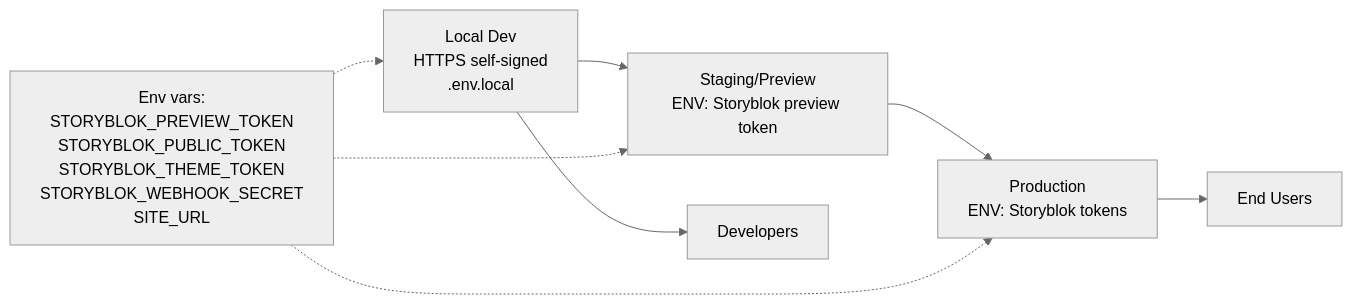
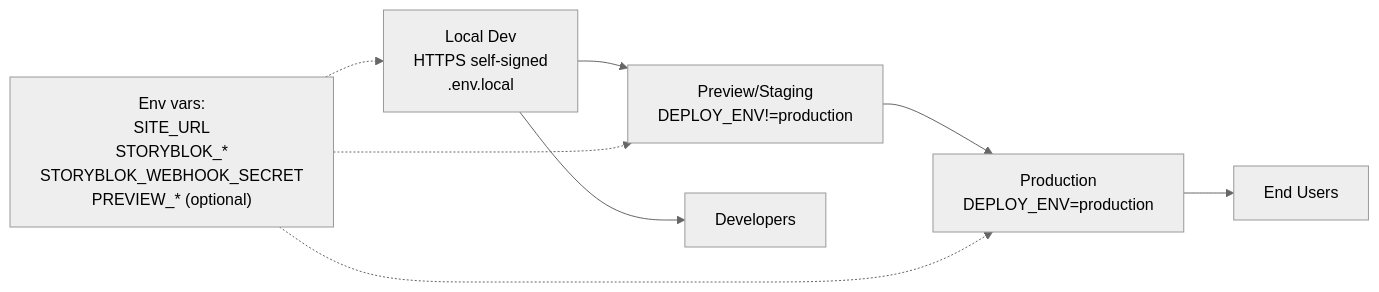
The diagram in docs/reference/deployment-envs.md (songam-su/storyblok-nextjs-mantine-demo), drawn with Mermaid (neutral theme) before and after one commit. The commit also changed other lines of this file and 106 other files, not shown here.

````diff
--- a/docs/reference/deployment-envs.md
+++ b/docs/reference/deployment-envs.md
@@ -11,12 +38,12 @@
 ```mermaid
 flowchart LR
-  Dev["Local Dev<br/>HTTPS self-signed<br/>.env.local"] --> Staging["Staging/Preview<br/>ENV: Storyblok preview token"]
-  Staging --> Prod["Production<br/>ENV: Storyblok tokens"]
+  Dev["Local Dev<br/>HTTPS self-signed<br/>.env.local"] --> Preview["Preview/Staging<br/>DEPLOY_ENV!=production"]
+  Preview --> Prod["Production<br/>DEPLOY_ENV=production"]
 
-  Secrets["Env vars:<br/>STORYBLOK_PREVIEW_TOKEN<br/>STORYBLOK_PUBLIC_TOKEN<br/>STORYBLOK_THEME_TOKEN<br/>STORYBLOK_WEBHOOK_SECRET<br/>SITE_URL"] -.-> Dev
-  Secrets -.-> Staging
+  Secrets["Env vars:<br/>SITE_URL<br/>STORYBLOK_*<br/>STORYBLOK_WEBHOOK_SECRET<br/>PREVIEW_* (optional)"] -.-> Dev
+  Secrets -.-> Preview
   Secrets -.-> Prod
 
   Dev --> Users[Developers]
   Prod --> EndUsers[End Users]
 ```
````
